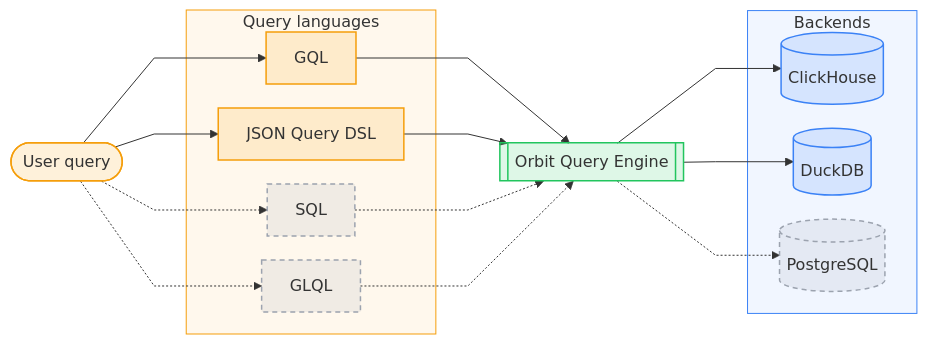
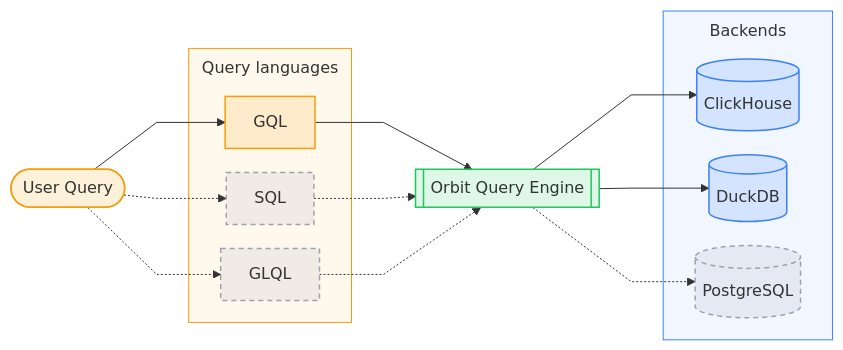
Before and after one commit to gitlabhq/orbit-knowledge-graph: the first of 10 diagrams in docs/pages/engineering/architecture/query-engine.md, drawn with Mermaid. The commit also changed other lines of this file and 1 other file, not shown here.

Commit message:
docs(architecture): tighten the engine walkthrough and trim the engine page

````diff
--- a/docs/pages/engineering/architecture/query-engine.md
+++ b/docs/pages/engineering/architecture/query-engine.md
@@ -10,48 +10,45 @@
 ```mermaid
-%%{init: {"flowchart": {"curve": "linear", "nodeSpacing": 24, "rankSpacing": 64, "padding": 14}}}%%
+%%{init: {"flowchart": {"curve": "linear", "nodeSpacing": 24, "rankSpacing": 64, "padding": 14, "subGraphTitleMargin": {"top": 8, "bottom": 18}}}}%%
 flowchart LR
     accTitle: Query languages and backends of the Orbit Query Engine
-    accDescr: A user query arrives in GQL or the JSON Query DSL, with SQL and GLQL planned. The Orbit Query Engine turns it into SQL for ClickHouse or DuckDB, with PostgreSQL planned.
+    accDescr: A user query arrives in GQL, with SQL and GLQL planned. The Orbit Query Engine turns it into SQL for ClickHouse or DuckDB, with PostgreSQL planned.
 
-    user(["User query"])
+    user(["User Query"])
 
     subgraph languages["Query languages"]
         gql["GQL"]
-        json["JSON Query DSL"]
         sql["SQL"]
         glql["GLQL"]
     end
 
     compiler[["Orbit Query Engine"]]
 
     subgraph backends["Backends"]
         clickhouse[("ClickHouse")]
         duckdb[("DuckDB")]
         postgres[("PostgreSQL")]
     end
 
     user --> gql
-    user --> json
     user -.-> sql
     user -.-> glql
     gql --> compiler
-    json --> compiler
     sql -.-> compiler
     glql -.-> compiler
     compiler --> clickhouse
     compiler --> duckdb
     compiler -.-> postgres
 
     classDef language fill:#F59E0B26,stroke:#F59E0B,stroke-width:1.5px
     classDef engine fill:#22C55E26,stroke:#22C55E,stroke-width:1.5px
     classDef backend fill:#3B82F626,stroke:#3B82F6,stroke-width:1.5px
     classDef future fill:#9CA3AF26,stroke:#9CA3AF,stroke-width:1.5px,stroke-dasharray:5 4
 
-    class user,gql,json language
+    class user,gql language
     class compiler engine
     class clickhouse,duckdb backend
     class sql,glql,postgres future
 
     style languages fill:#F59E0B12,stroke:#F59E0B
     style backends fill:#3B82F612,stroke:#3B82F6
 ```
````
